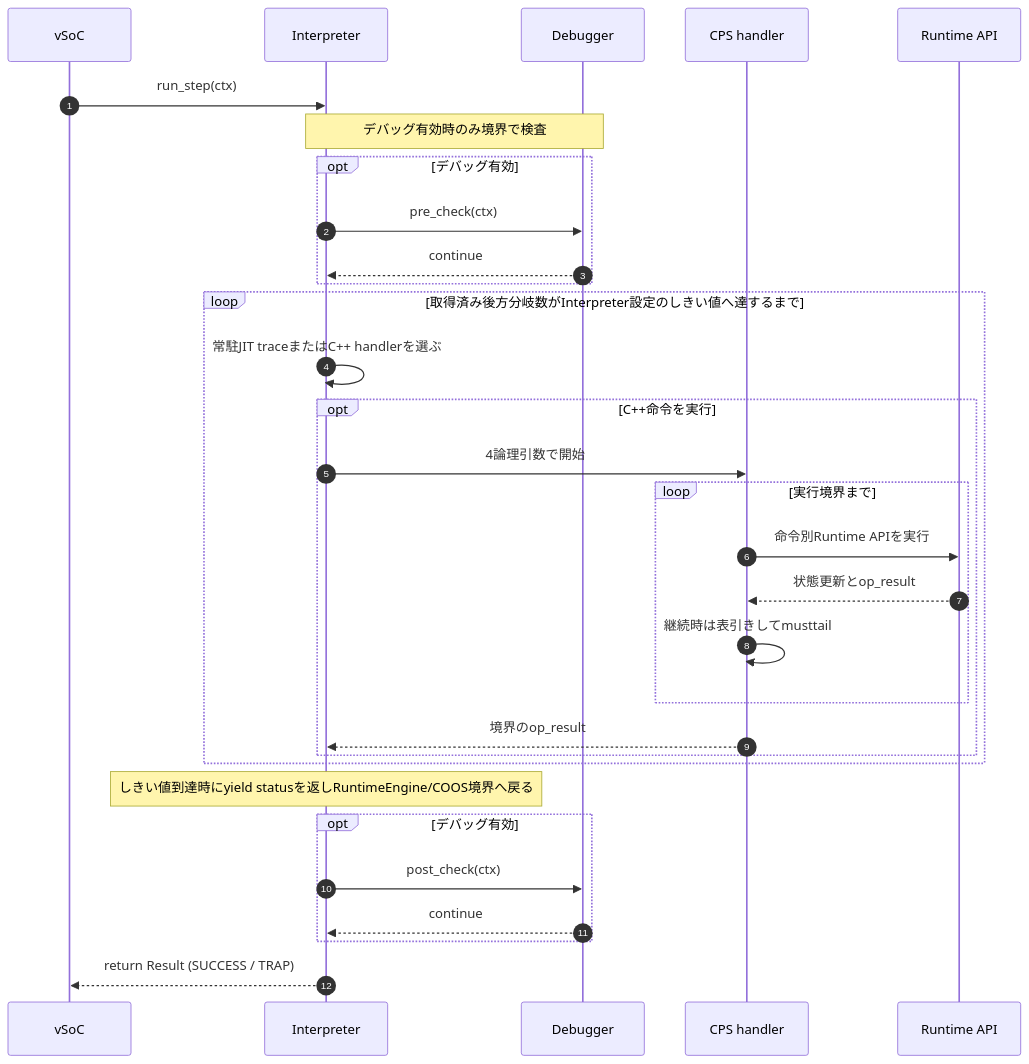
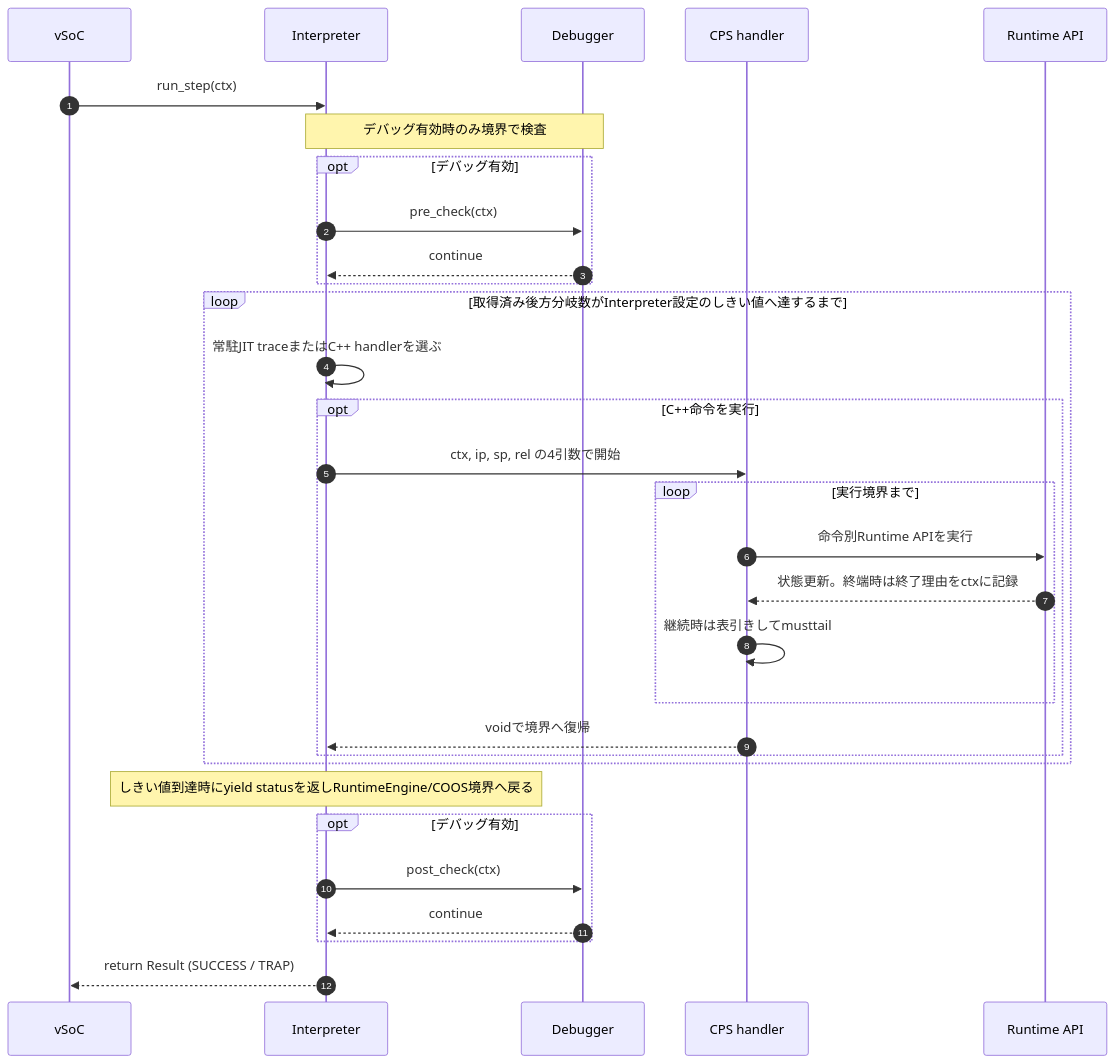
One commit to kmt-t/fireball changed the fourth of 5 diagrams in docs/components/tier2_runtime/interpreter.md. Above: the diagram before and after it, drawn with Mermaid. The commit also changed other lines of this file and 109 other files, not shown here.

````diff
--- a/docs/components/tier2_runtime/interpreter.md
+++ b/docs/components/tier2_runtime/interpreter.md
@@ -363,34 +365,34 @@
 ```mermaid
 sequenceDiagram
     autonumber
     participant V as vSoC
     participant I as Interpreter
     participant D as Debugger
     participant H as CPS handler
     participant R as Runtime API
 
     V->>I: run_step(ctx)
     Note over I,D: デバッグ有効時のみ境界で検査
     opt デバッグ有効
         I->>D: pre_check(ctx)
         D-->>I: continue
     end
     loop 取得済み後方分岐数がInterpreter設定のしきい値へ達するまで
         I->>I: 常駐JIT traceまたはC++ handlerを選ぶ
         opt C++命令を実行
-            I->>H: 4論理引数で開始
+            I->>H: ctx, ip, sp, rel の4引数で開始
             loop 実行境界まで
                 H->>R: 命令別Runtime APIを実行
-                R-->>H: 状態更新とop_result
+                R-->>H: 状態更新。終端時は終了理由をctxに記録
                 H->>H: 継続時は表引きしてmusttail
             end
-            H-->>I: 境界のop_result
+            H-->>I: voidで境界へ復帰
         end
     end
     Note over I: しきい値到達時にyield statusを返しRuntimeEngine/COOS境界へ戻る
     opt デバッグ有効
         I->>D: post_check(ctx)
         D-->>I: continue
     end
     I-->>V: return Result (SUCCESS / TRAP)
 ```
````
